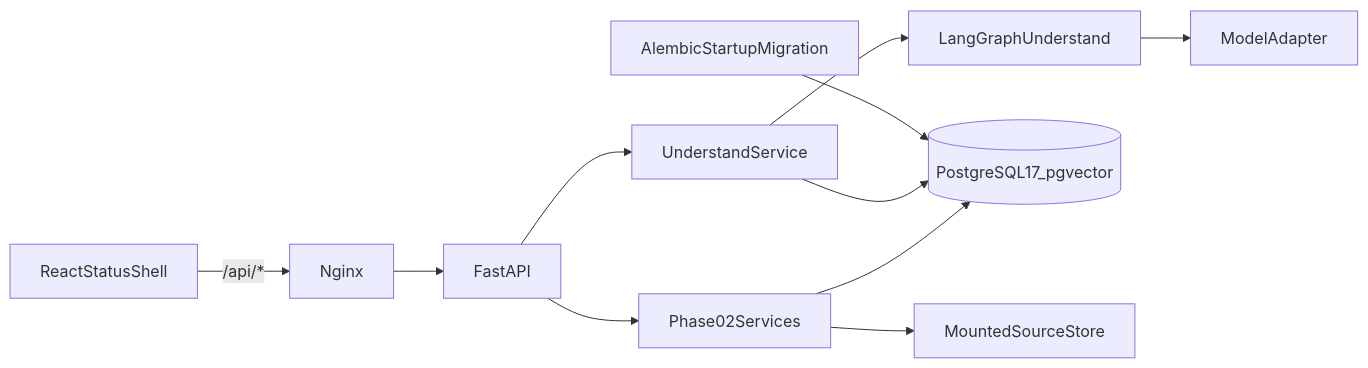
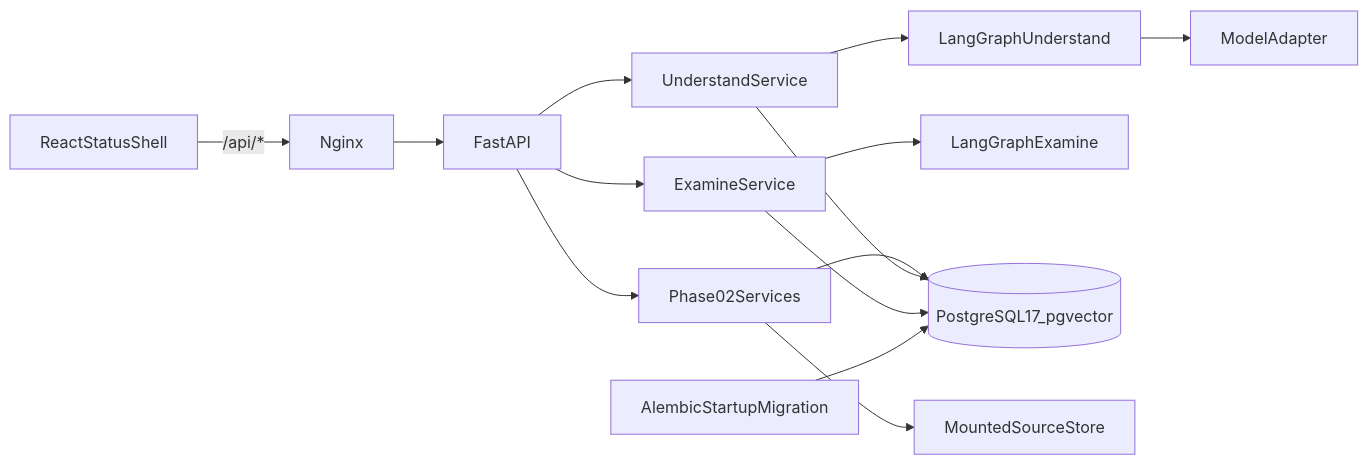
Before and after one commit to Rahul9214/doctask-rahul-ranjan: the first of 6 diagrams in docs/architecture.md, drawn with Mermaid. The commit also changed other lines of this file and 23 other files, not shown here.

````diff
--- a/docs/architecture.md
+++ b/docs/architecture.md
@@ -52,13 +58,16 @@
 ```mermaid
 flowchart LR
     Browser[ReactStatusShell] -->|/api/*| Nginx[Nginx]
     Nginx --> API[FastAPI]
     API --> P2[Phase02Services]
     API --> P3[UnderstandService]
+    API --> P4[ExamineService]
     P3 --> Graph[LangGraphUnderstand]
+    P4 --> ExamineGraph[LangGraphExamine]
     Graph --> Model[ModelAdapter]
     P2 --> DB[(PostgreSQL17_pgvector)]
     P3 --> DB
+    P4 --> DB
     P2 --> Store[MountedSourceStore]
     Alembic[AlembicStartupMigration] --> DB
 ```
````
